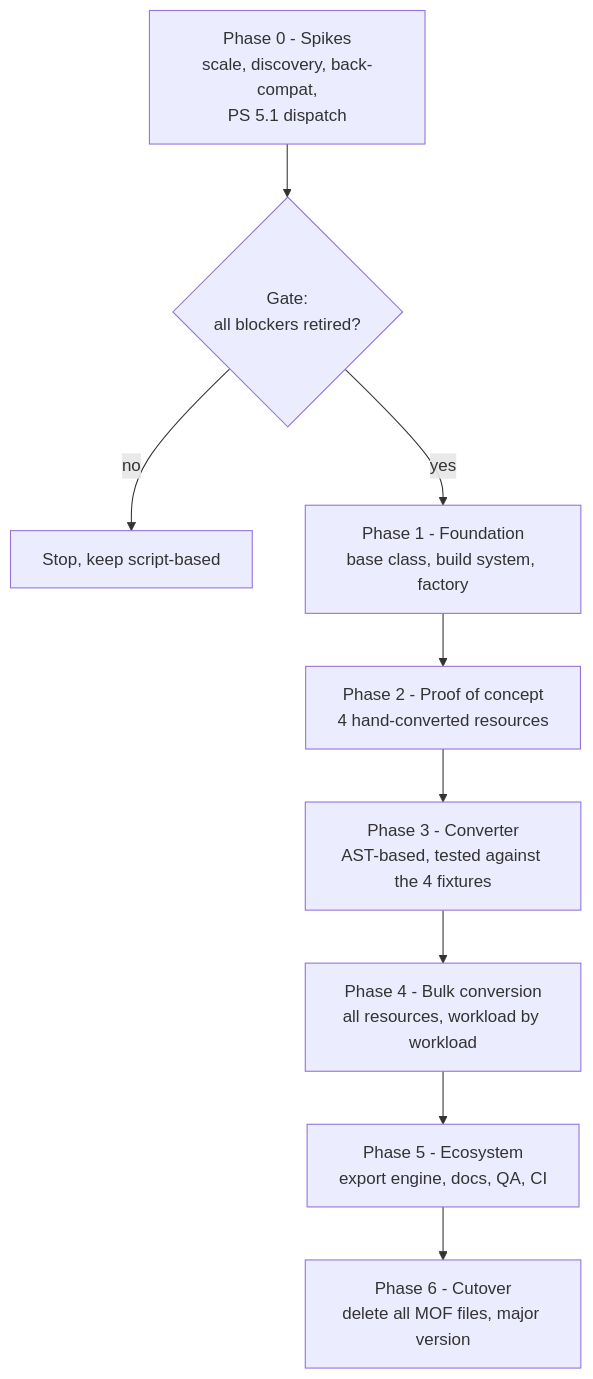
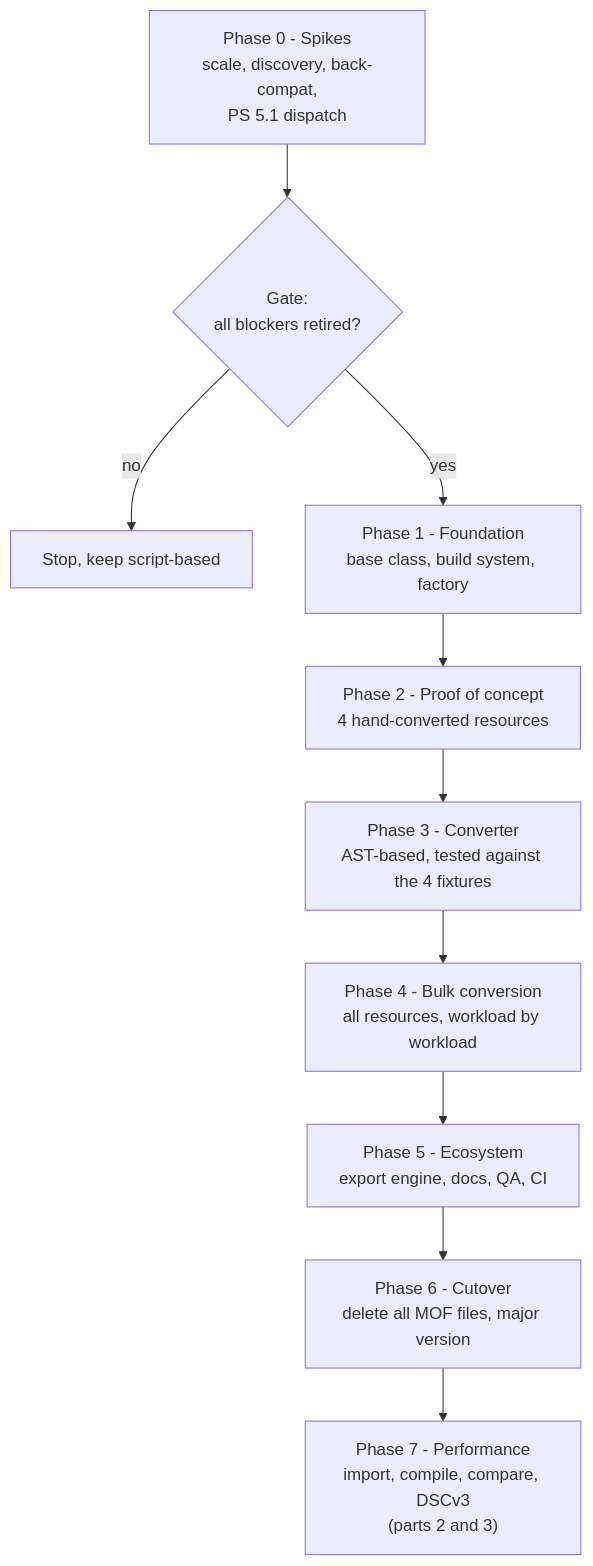
The first of 3 diagrams in docs/docs/blog/2026/class-based-resources/class-based-resources.md (FabienTschanz/Microsoft365DSC), drawn with Mermaid before and after one commit. The commit also changed other lines of this file and 11 other files, not shown here.

````diff
--- a/docs/docs/blog/2026/class-based-resources/class-based-resources.md
+++ b/docs/docs/blog/2026/class-based-resources/class-based-resources.md
@@ -110,11 +112,12 @@
 ```mermaid
 flowchart TD
     P0["Phase 0 - Spikes<br/>scale, discovery, back-compat,<br/>PS 5.1 dispatch"] --> G{Gate:<br/>all blockers retired?}
     G -- no --> STOP["Stop, keep script-based"]
     G -- yes --> P1["Phase 1 - Foundation<br/>base class, build system, factory"]
     P1 --> P2["Phase 2 - Proof of concept<br/>4 hand-converted resources"]
     P2 --> P3["Phase 3 - Converter<br/>AST-based, tested against the 4 fixtures"]
     P3 --> P4["Phase 4 - Bulk conversion<br/>all resources, workload by workload"]
     P4 --> P5["Phase 5 - Ecosystem<br/>export engine, docs, QA, CI"]
     P5 --> P6["Phase 6 - Cutover<br/>delete all MOF files, major version"]
+    P6 --> P7["Phase 7 - Performance<br/>import, compile, compare, DSCv3<br/>(parts 2 and 3)"]
 ```
````
